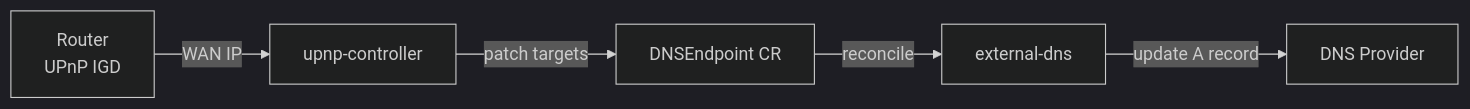
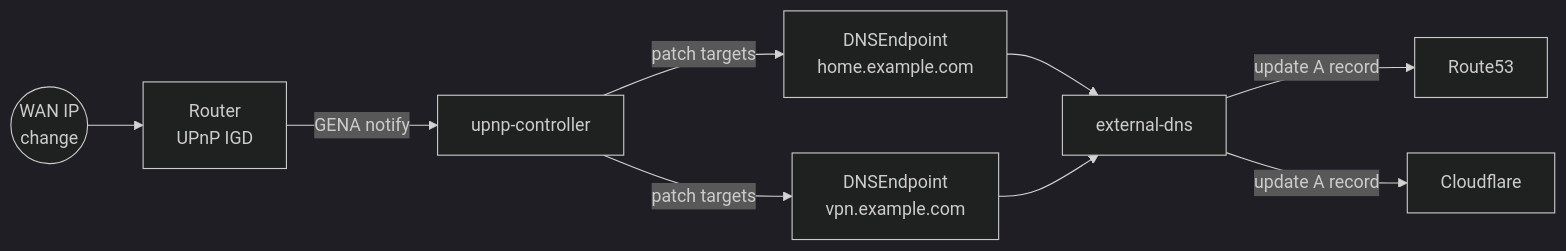
The second of 2 diagrams in README.md (jeffmoss/upnp-controller), drawn with Mermaid (dark theme) before and after one commit.

Commit message:
Expand external-dns diagram with multiple endpoints and providers

````diff
--- a/README.md
+++ b/README.md
@@ -23,7 +23,19 @@
 ```mermaid
 graph LR
-    Router[Router<br/>UPnP IGD] -->|WAN IP| Controller[upnp-controller]
-    Controller -->|patch targets| DNSEp[DNSEndpoint CR]
-    DNSEp -->|reconcile| ExtDNS[external-dns]
-    ExtDNS -->|update A record| DNS[DNS Provider]
+    IPChange((WAN IP<br/>change))
+    Router[Router<br/>UPnP IGD]
+    Controller[upnp-controller]
+    DNSEp1[DNSEndpoint<br/>home.example.com]
+    DNSEp2[DNSEndpoint<br/>vpn.example.com]
+    ExtDNS[external-dns]
+    R53[Route53]
+    CF[Cloudflare]
+
+    IPChange --> Router -->|GENA notify| Controller
+    Controller -->|patch targets| DNSEp1
+    Controller -->|patch targets| DNSEp2
+    DNSEp1 --> ExtDNS
+    DNSEp2 --> ExtDNS
+    ExtDNS -->|update A record| R53
+    ExtDNS -->|update A record| CF
 ```
````
